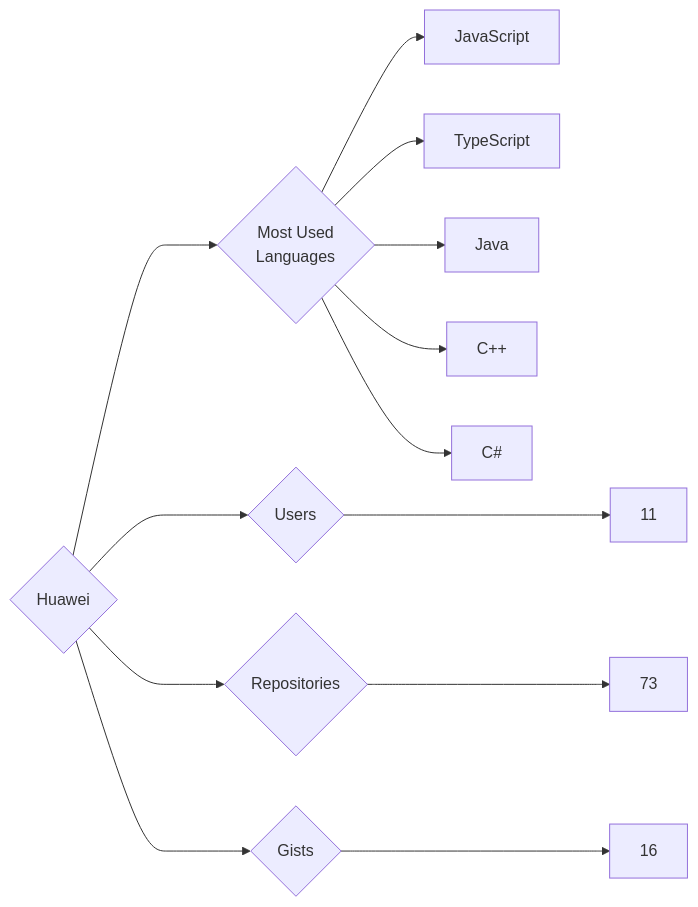
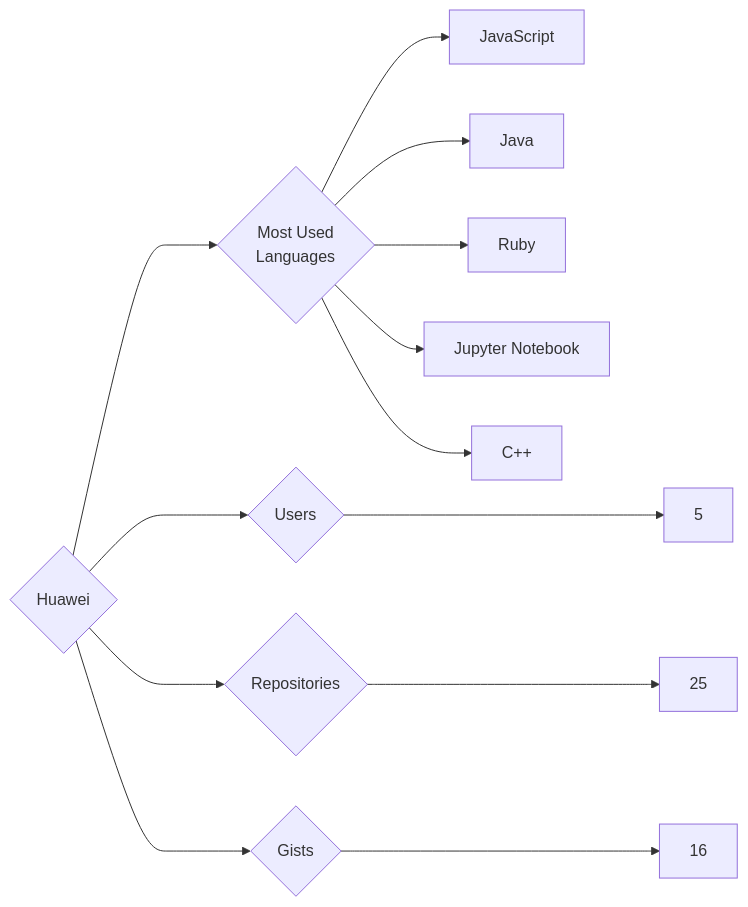
The diagram in targets/Huawei/README.md (trickest/insiders), drawn with Mermaid before and after one commit. The commit also changed 1170 other files, not shown here.

````diff
--- a/targets/Huawei/README.md
+++ b/targets/Huawei/README.md
@@ -3,13 +3,13 @@
 ```mermaid
 graph LR
 COMPANY_NAME{Huawei}
-COMPANY_NAME ---> U{Users} ---> UN[11]
-COMPANY_NAME ---> R{Repositories} ---> RN[73]
+COMPANY_NAME ---> U{Users} ---> UN[5]
+COMPANY_NAME ---> R{Repositories} ---> RN[25]
 COMPANY_NAME ---> G{Gists} ---> GN[16]
 COMPANY_NAME ---> ML{Most Used<br>Languages}
 ML --> JavaScript[JavaScript]
-ML --> TypeScript[TypeScript]
 ML --> Java[Java]
+ML --> Ruby[Ruby]
+ML --> Jupyter_Notebook[Jupyter Notebook]
 ML --> C++[C++]
-ML --> C#[C#]
 ```
````
